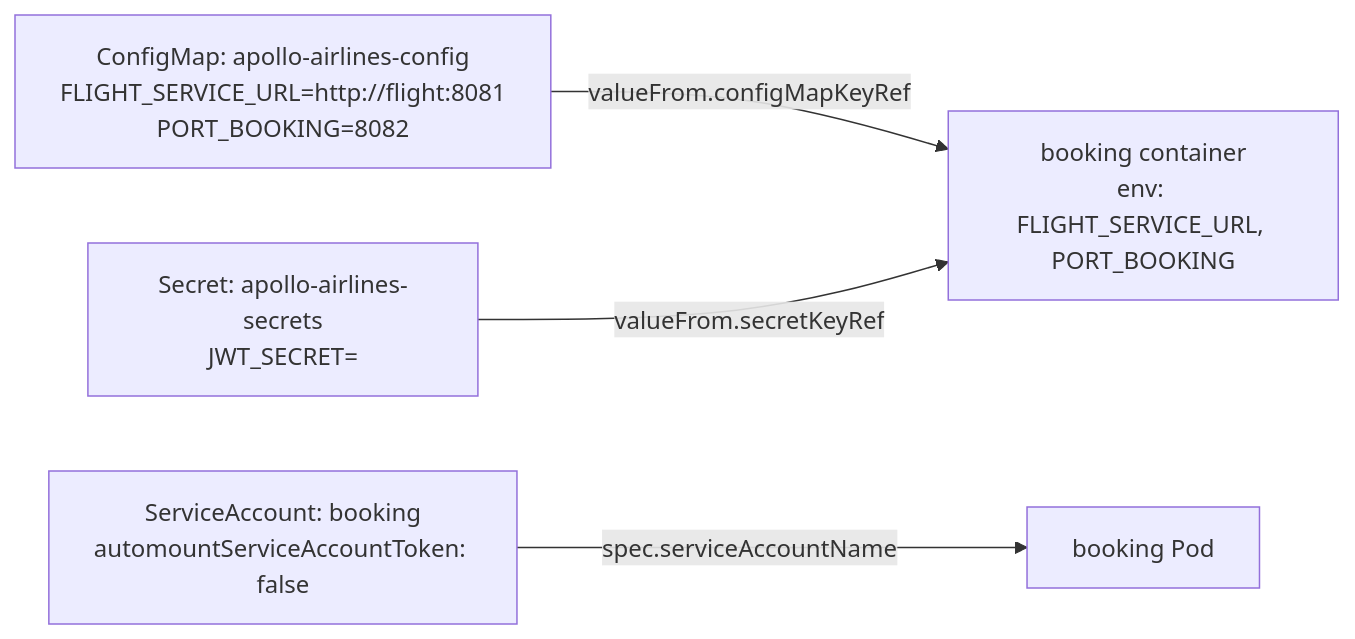
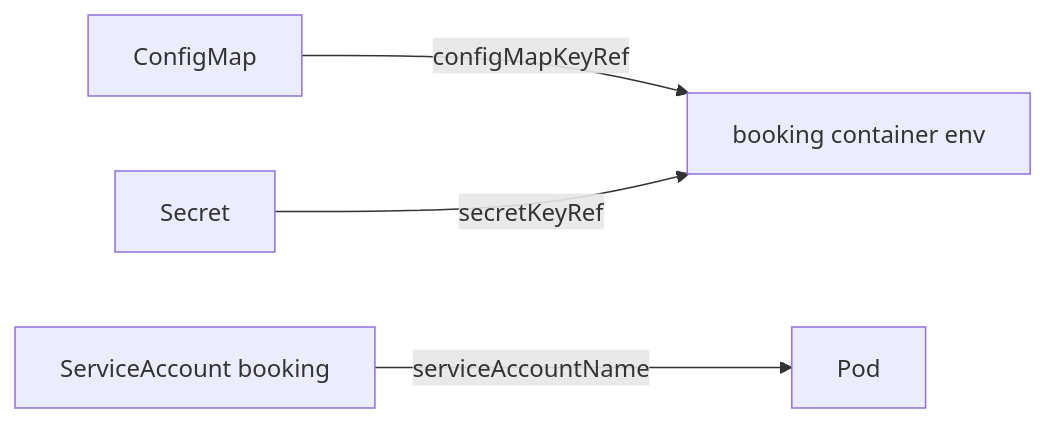
Before and after one commit to darshan-raul/apollo11-docs: the diagram in docs/learn/workloads/configuration-and-identity.md, drawn with Mermaid. The commit also changed other lines of this file and 55 other files, not shown here.

````diff
--- a/docs/learn/workloads/configuration-and-identity.md
+++ b/docs/learn/workloads/configuration-and-identity.md
@@ -42,6 +20,6 @@
-~~~mermaid
+```mermaid
 flowchart LR
-  CM["ConfigMap: apollo-airlines-config\nFLIGHT_SERVICE_URL=http://flight:8081\nPORT_BOOKING=8082"] -->|valueFrom.configMapKeyRef| ENV["booking container\nenv: FLIGHT_SERVICE_URL, PORT_BOOKING"]
-  SEC["Secret: apollo-airlines-secrets\nJWT_SECRET=<encoded>"] -->|valueFrom.secretKeyRef| ENV
-  SA["ServiceAccount: booking\nautomountServiceAccountToken: false"] -->|spec.serviceAccountName| POD["booking Pod"]
-~~~
+  CM[ConfigMap] -->|configMapKeyRef| ENV[booking container env]
+  SEC[Secret] -->|secretKeyRef| ENV
+  SA[ServiceAccount booking] -->|serviceAccountName| POD[Pod]
+```
````
